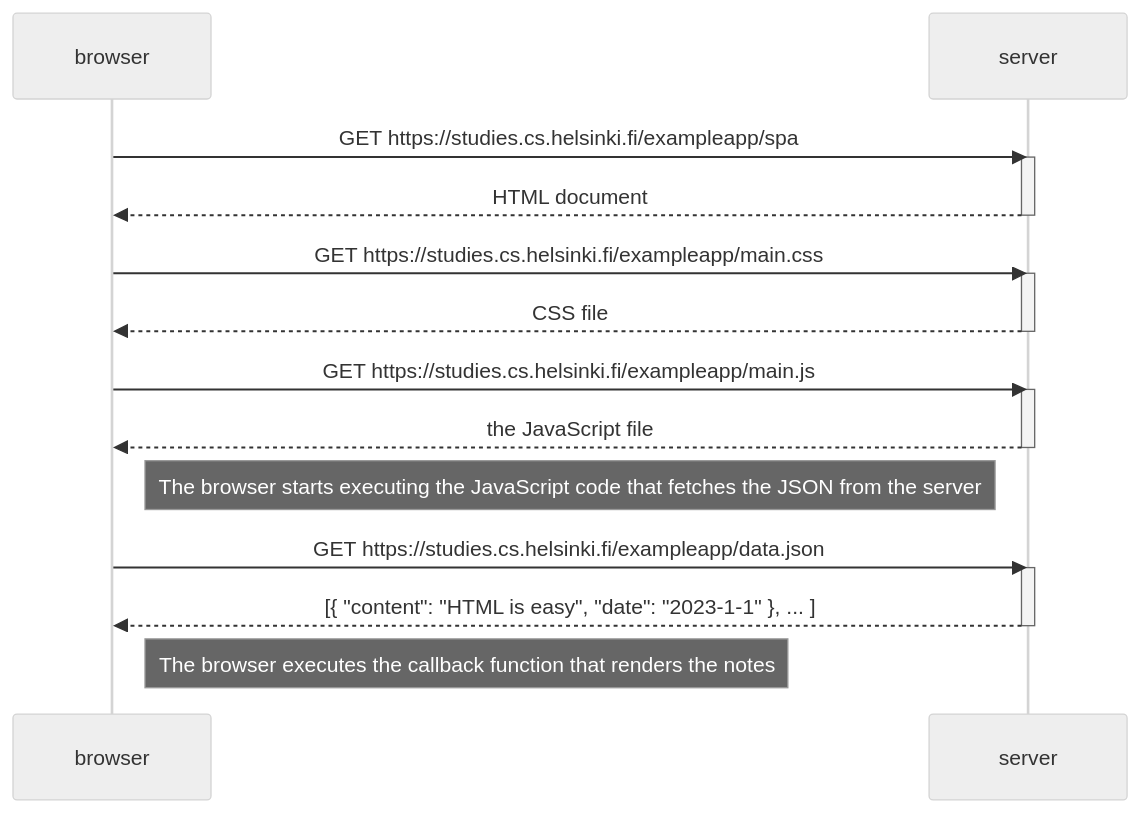
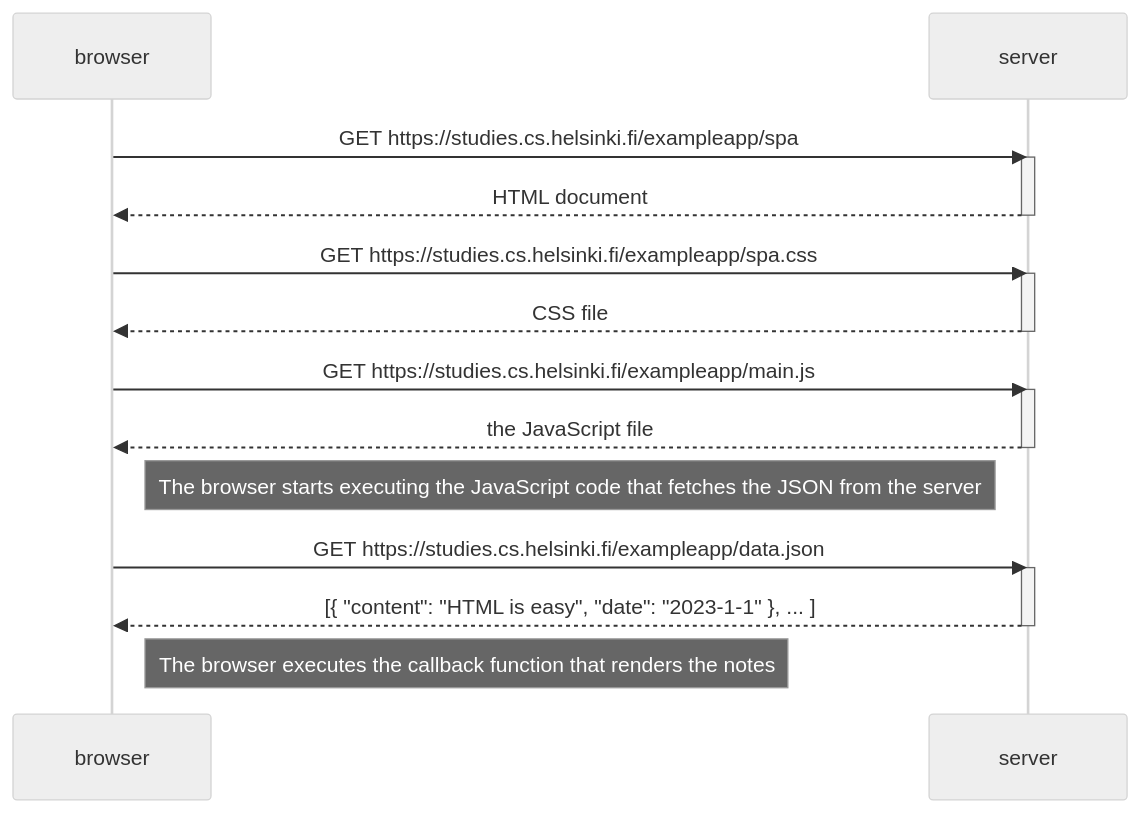
The diagram in part0/0.5-Single_page_app_diagram.md (seenpie/Full-Stack-MOOC-Course), drawn with Mermaid (neutral theme) before and after one commit.

Commit message:
fix: fix css link

````diff
--- a/part0/0.5-Single_page_app_diagram.md
+++ b/part0/0.5-Single_page_app_diagram.md
@@ -3,29 +3,29 @@
 ```mermaid
 sequenceDiagram
     participant browser
     participant server
 
     browser->>server: GET https://studies.cs.helsinki.fi/exampleapp/spa
     activate server
     server-->>browser: HTML document
     deactivate server
 
-    browser->>server: GET https://studies.cs.helsinki.fi/exampleapp/main.css
+    browser->>server: GET https://studies.cs.helsinki.fi/exampleapp/spa.css
     activate server
     server-->>browser: CSS file
     deactivate server
 
     browser->>server: GET https://studies.cs.helsinki.fi/exampleapp/main.js
     activate server
     server-->>browser: the JavaScript file
     deactivate server
 
     Note right of browser: The browser starts executing the JavaScript code that fetches the JSON from the server
 
     browser->>server: GET https://studies.cs.helsinki.fi/exampleapp/data.json
     activate server
     server-->>browser: [{ "content": "HTML is easy", "date": "2023-1-1" }, ... ]
     deactivate server
 
     Note right of browser: The browser executes the callback function that renders the notes
 ```
````
